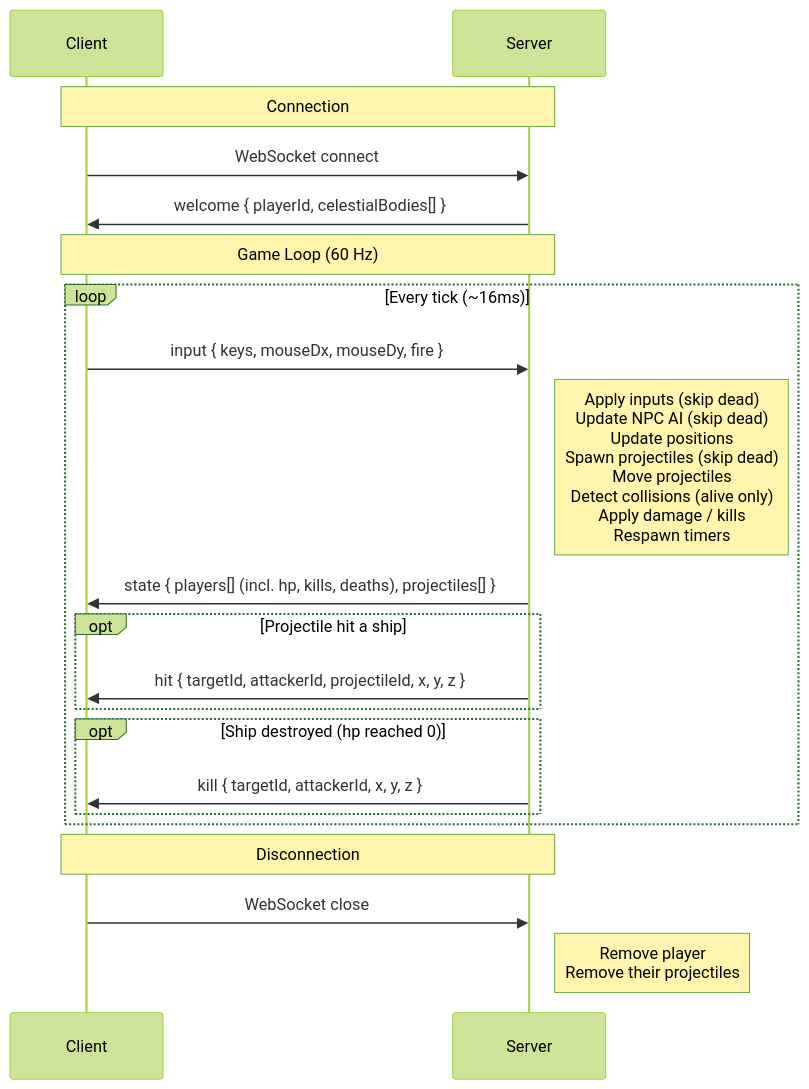
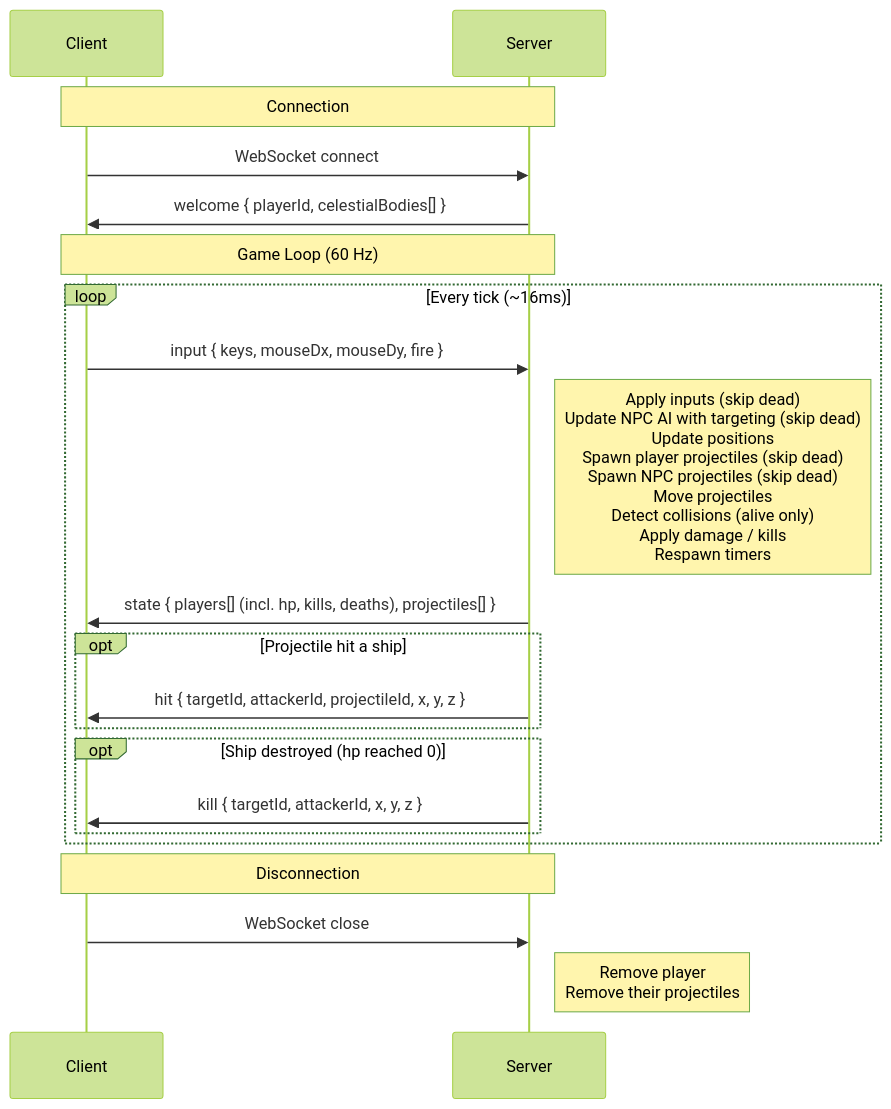
Before and after one commit to cscazorla/x-drift: the diagram in README.md, drawn with Mermaid (forest theme). The commit also changed other lines of this file and 4 other files, not shown here.

Commit message:
NPC combat: detect, aim, and shoot at nearby entities with skill-based accuracy, slower fire rate, and speed cap

````diff
--- a/README.md
+++ b/README.md
@@ -78,26 +78,26 @@
 ```mermaid
 sequenceDiagram
     participant C as Client
     participant S as Server
 
     Note over C,S: Connection
     C->>S: WebSocket connect
     S->>C: welcome { playerId, celestialBodies[] }
 
     Note over C,S: Game Loop (60 Hz)
     loop Every tick (~16ms)
         C->>S: input { keys, mouseDx, mouseDy, fire }
-        Note right of S: Apply inputs (skip dead)<br/>Update NPC AI (skip dead)<br/>Update positions<br/>Spawn projectiles (skip dead)<br/>Move projectiles<br/>Detect collisions (alive only)<br/>Apply damage / kills<br/>Respawn timers
+        Note right of S: Apply inputs (skip dead)<br/>Update NPC AI with targeting (skip dead)<br/>Update positions<br/>Spawn player projectiles (skip dead)<br/>Spawn NPC projectiles (skip dead)<br/>Move projectiles<br/>Detect collisions (alive only)<br/>Apply damage / kills<br/>Respawn timers
         S->>C: state { players[] (incl. hp, kills, deaths), projectiles[] }
         opt Projectile hit a ship
             S->>C: hit { targetId, attackerId, projectileId, x, y, z }
         end
         opt Ship destroyed (hp reached 0)
             S->>C: kill { targetId, attackerId, x, y, z }
         end
     end
 
     Note over C,S: Disconnection
     C->>S: WebSocket close
     Note right of S: Remove player<br/>Remove their projectiles
 ```
````
